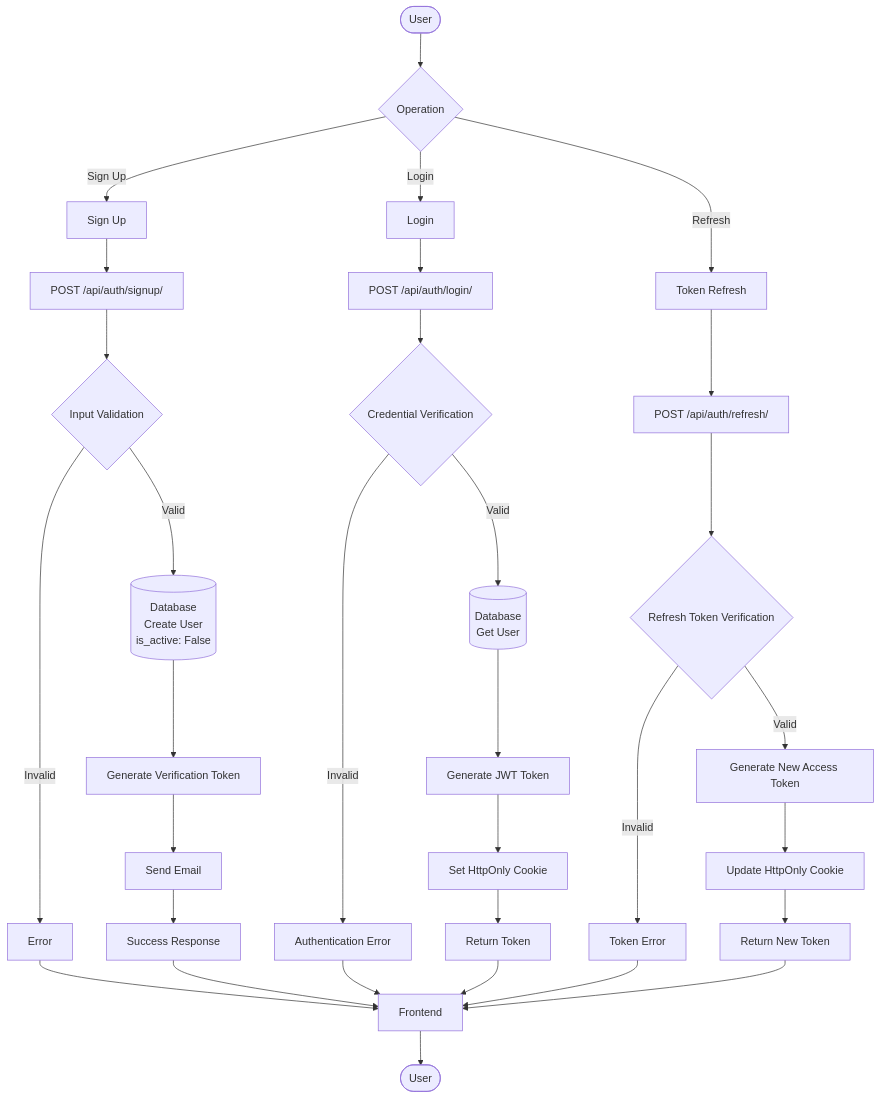
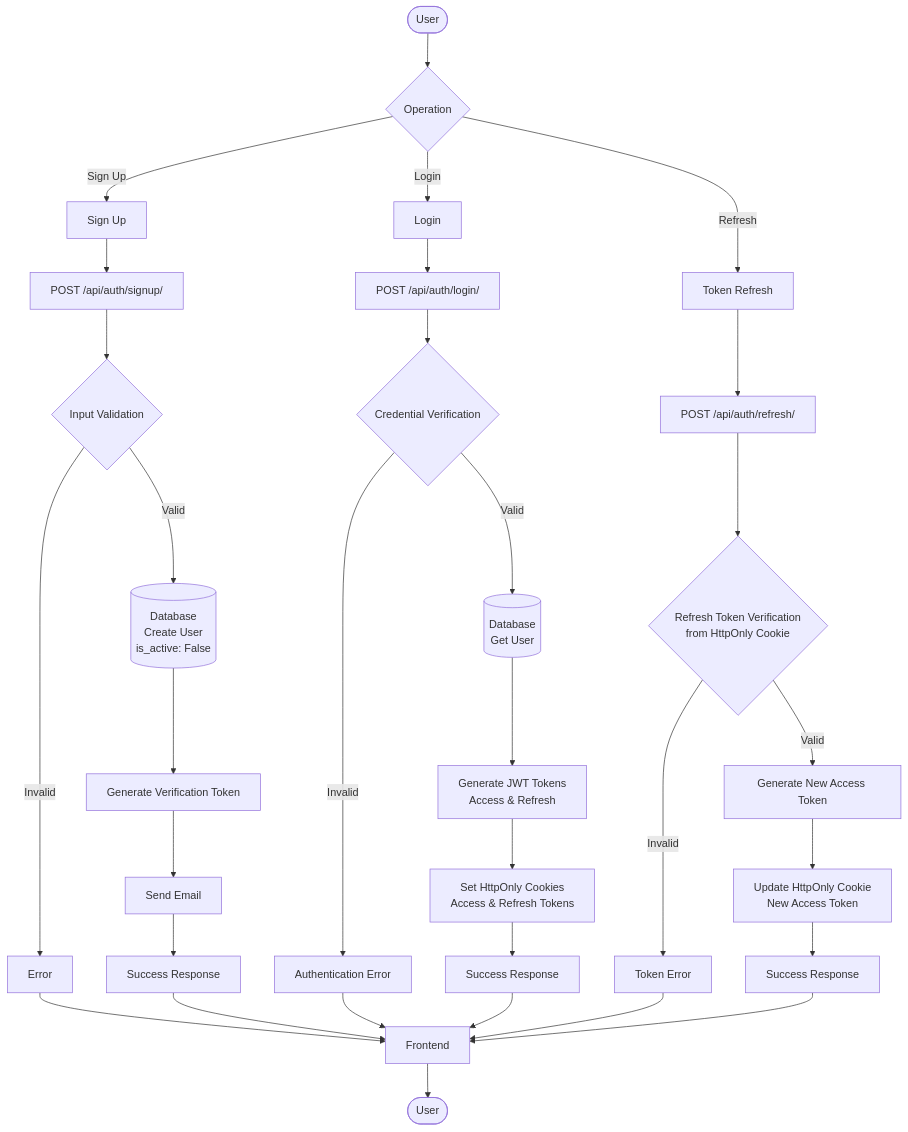
Before and after one commit to yukiharada1228/videoq: the fifth of 6 diagrams in docs/database/data-flow-diagram.md, drawn with Mermaid. The commit also changed 5 other files, not shown here.

````diff
--- a/docs/database/data-flow-diagram.md
+++ b/docs/database/data-flow-diagram.md
@@ -151,40 +151,40 @@
 ```mermaid
 flowchart TD
     Start([User]) --> Action{Operation}
     
     Action -->|Sign Up| Signup[Sign Up]
     Action -->|Login| Login[Login]
     Action -->|Refresh| Refresh[Token Refresh]
     
     Signup --> API1[POST /api/auth/signup/]
     Login --> API2[POST /api/auth/login/]
     Refresh --> API3[POST /api/auth/refresh/]
     
     API1 --> Validate1{Input Validation}
     Validate1 -->|Invalid| Error1[Error]
     Validate1 -->|Valid| CreateUser[(Database<br/>Create User<br/>is_active: False)]
     CreateUser --> GenerateToken[Generate Verification Token]
     GenerateToken --> SendEmail[Send Email]
     SendEmail --> Response1[Success Response]
     
     API2 --> Validate2{Credential Verification}
     Validate2 -->|Invalid| Error2[Authentication Error]
     Validate2 -->|Valid| GetUser[(Database<br/>Get User)]
-    GetUser --> GenerateJWT[Generate JWT Token]
-    GenerateJWT --> SetCookie[Set HttpOnly Cookie]
-    SetCookie --> Response2[Return Token]
+    GetUser --> GenerateJWT[Generate JWT Tokens<br/>Access & Refresh]
+    GenerateJWT --> SetCookie[Set HttpOnly Cookies<br/>Access & Refresh Tokens]
+    SetCookie --> Response2[Success Response]
     
-    API3 --> ValidateToken{Refresh Token Verification}
+    API3 --> ValidateToken{Refresh Token Verification<br/>from HttpOnly Cookie}
     ValidateToken -->|Invalid| Error3[Token Error]
     ValidateToken -->|Valid| GenerateAccess[Generate New Access Token]
-    GenerateAccess --> SetCookie2[Update HttpOnly Cookie]
-    SetCookie2 --> Response3[Return New Token]
+    GenerateAccess --> SetCookie2[Update HttpOnly Cookie<br/>New Access Token]
+    SetCookie2 --> Response3[Success Response]
     
     Response1 --> Frontend
     Response2 --> Frontend
     Response3 --> Frontend
     Error1 --> Frontend
     Error2 --> Frontend
     Error3 --> Frontend
     Frontend --> End([User])
 ```
````
